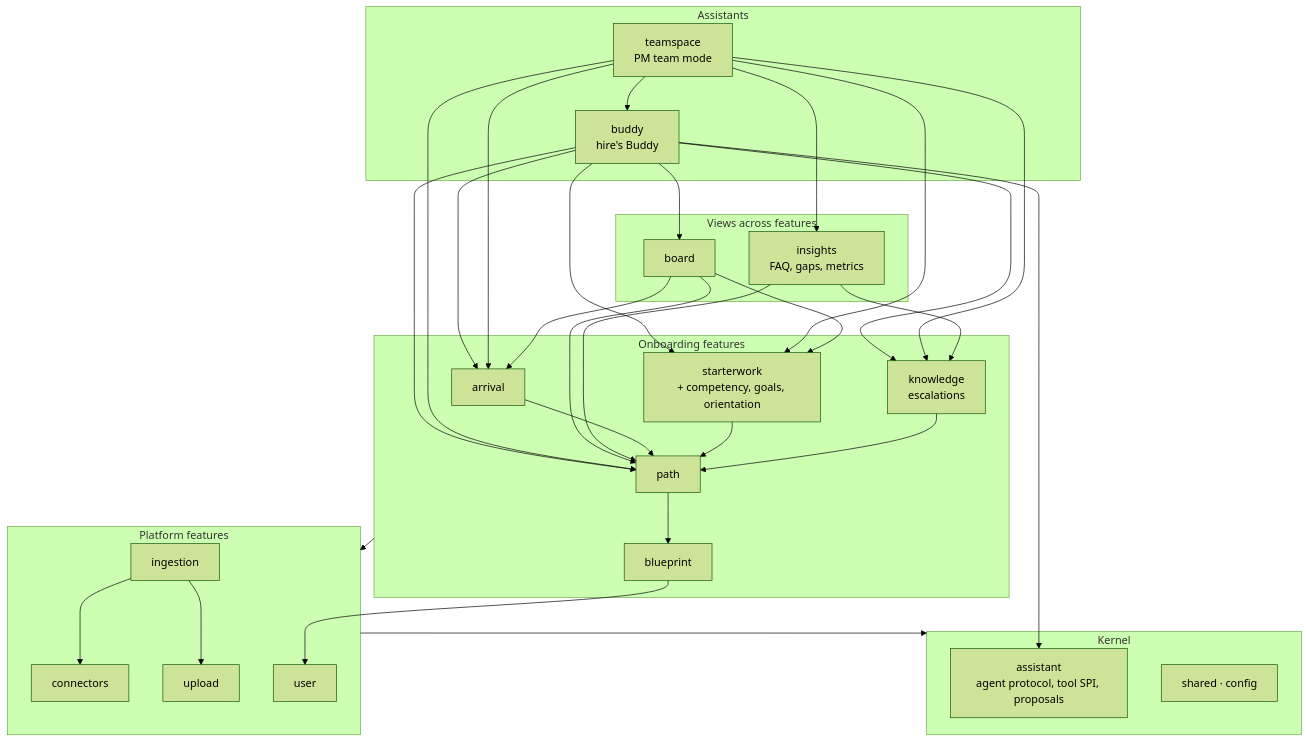
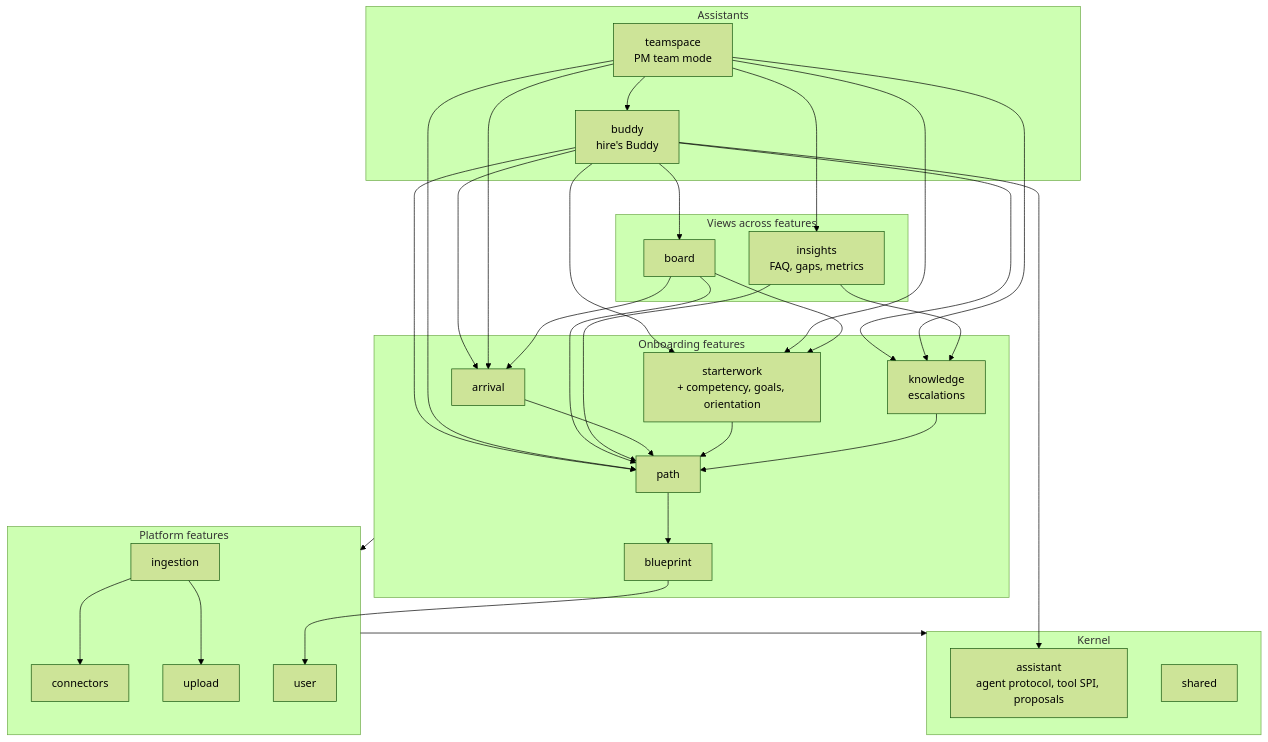
One commit to LinseCed/sprintstart-backend changed the diagram in docs/architecture/03-target.md. Above: the diagram before and after it, drawn with Mermaid (forest theme). The commit also changed other lines of this file and 2 other files, not shown here.

Commit message:
docs: record stage A results, dependency inversion rule, config as composition root

````diff
--- a/docs/architecture/03-target.md
+++ b/docs/architecture/03-target.md
@@ -25,39 +25,39 @@
 ```mermaid
 flowchart TB
     subgraph L4[Assistants]
         buddy[buddy<br/>hire's Buddy]
         team[teamspace<br/>PM team mode]
     end
     subgraph L3[Views across features]
         board[board]
         insights[insights<br/>FAQ, gaps, metrics]
     end
     subgraph L2[Onboarding features]
         arrival[arrival]
         starter[starterwork<br/>+ competency, goals, orientation]
         knowledge[knowledge<br/>escalations]
         path[path]
         blueprint[blueprint]
     end
     subgraph L1[Platform features]
         ingestion[ingestion]
         connectors[connectors]
         upload[upload]
         user[user]
     end
     subgraph L0[Kernel]
         assistant[assistant<br/>agent protocol, tool SPI, proposals]
-        shared[shared · config]
+        shared[shared]
     end
     buddy --> board & path & starter & arrival & knowledge & assistant
     team --> buddy
     team --> insights & path & starter & arrival & knowledge
     board --> path & starter & arrival
     insights --> path & knowledge
     arrival & starter & knowledge --> path
     path --> blueprint
     blueprint --> user
     L2 --> L1
     ingestion --> connectors & upload
     L1 --> L0
 ```
````
